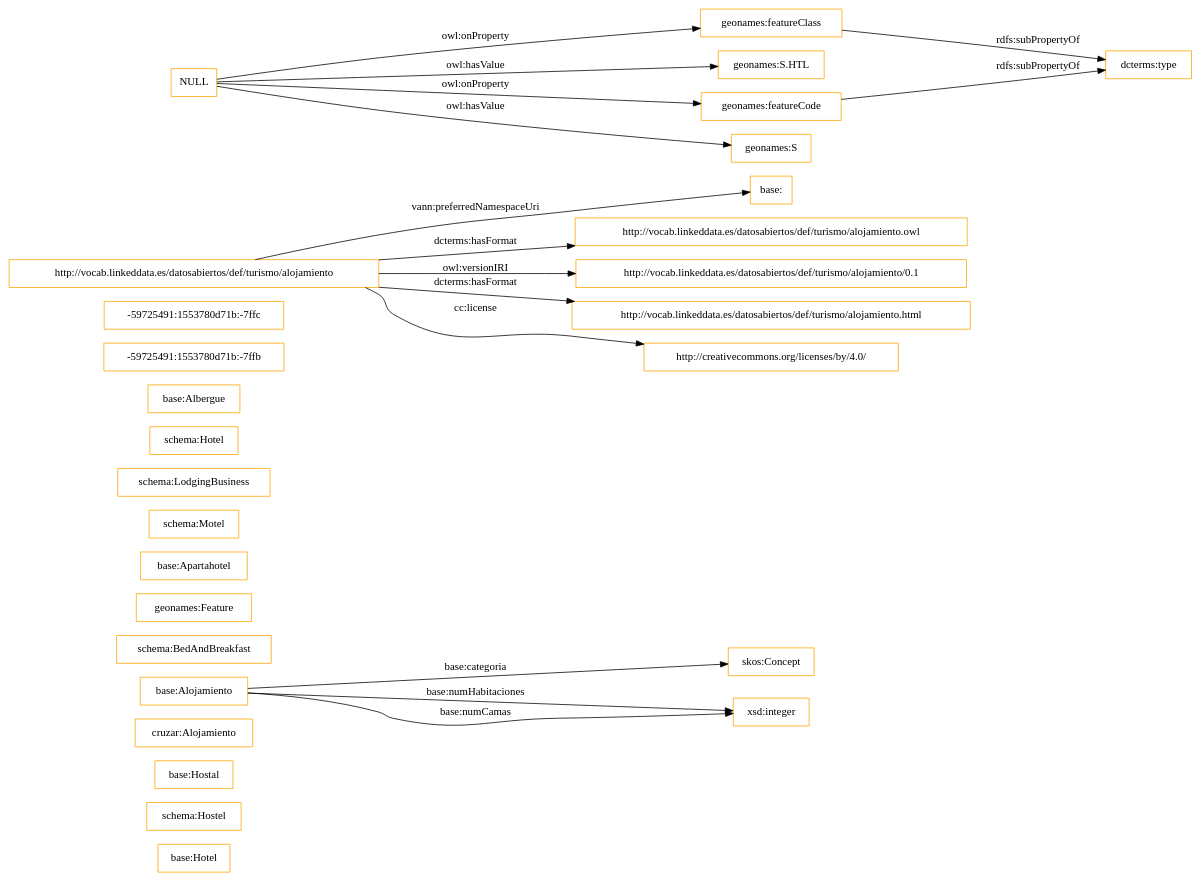
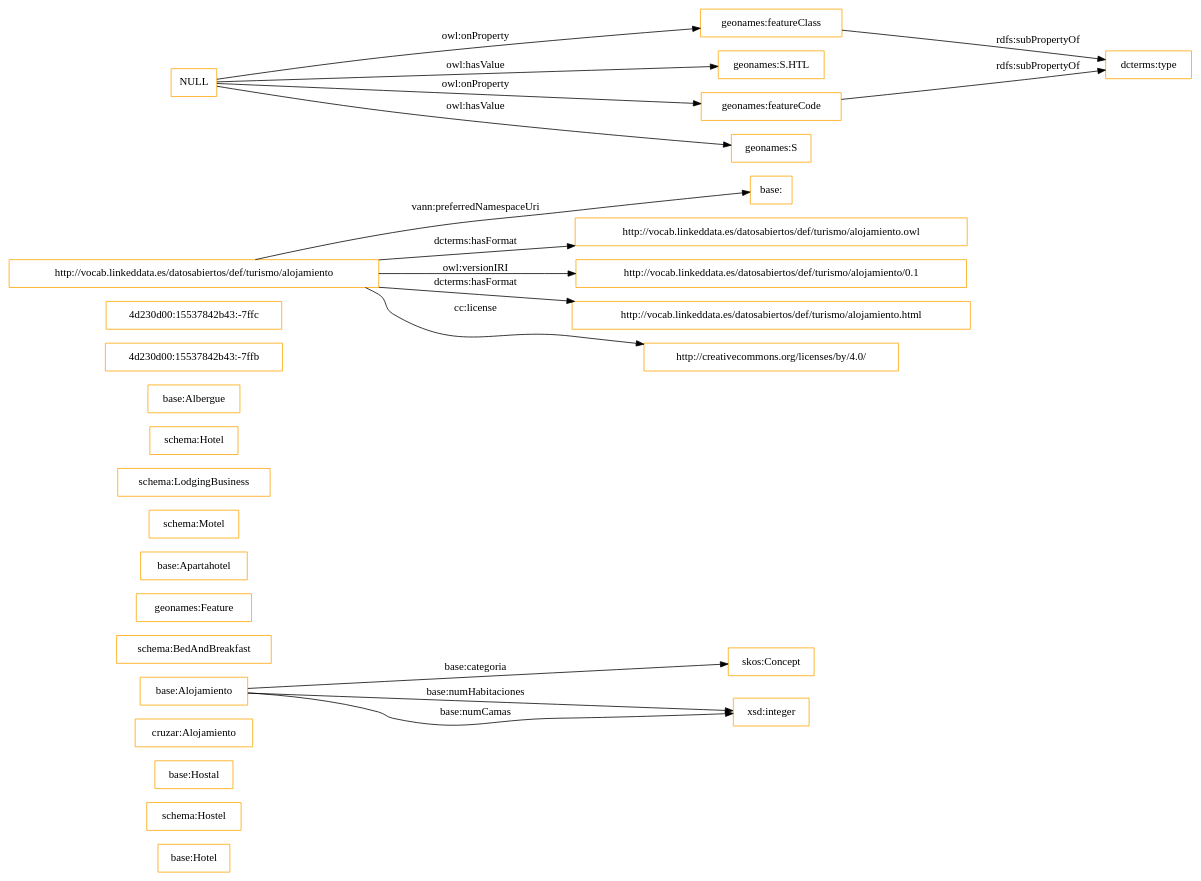
The diagram in OnToology/alo.owl/diagrams/ar2dtool-class/alo.owl.png.dot (ahmad88me/demo), drawn with Graphviz before and after one commit. The commit also changed 25 other files, not shown here.

```diff
--- a/OnToology/alo.owl/diagrams/ar2dtool-class/alo.owl.png.dot
+++ b/OnToology/alo.owl/diagrams/ar2dtool-class/alo.owl.png.dot
@@ -1,20 +1,20 @@
 digraph ar2dtool_diagram { 
 rankdir=LR;
 size="1501"
-node [shape = rectangle, color="orange"]; "base:Hotel" "schema:Hostel" "base:Hostal" "cruzar:Alojamiento" "base:Alojamiento" "schema:BedAndBreakfast" "geonames:Feature" "base:Apartahotel" "schema:Motel" "schema:LodgingBusiness" "skos:Concept" "schema:Hotel" "base:Albergue" "-59725491:1553780d71b:-7ffb" "-59725491:1553780d71b:-7ffc" ; /*classes style*/
+node [shape = rectangle, color="orange"]; "base:Hotel" "schema:Hostel" "base:Hostal" "cruzar:Alojamiento" "base:Alojamiento" "schema:BedAndBreakfast" "geonames:Feature" "base:Apartahotel" "schema:Motel" "schema:LodgingBusiness" "skos:Concept" "schema:Hotel" "base:Albergue" "4d230d00:15537842b43:-7ffb" "4d230d00:15537842b43:-7ffc" ; /*classes style*/
 	"http://vocab.linkeddata.es/datosabiertos/def/turismo/alojamiento" -> "base:" [ label = "vann:preferredNamespaceUri" ];
 	"http://vocab.linkeddata.es/datosabiertos/def/turismo/alojamiento" -> "http://vocab.linkeddata.es/datosabiertos/def/turismo/alojamiento.owl" [ label = "dcterms:hasFormat" ];
 	"http://vocab.linkeddata.es/datosabiertos/def/turismo/alojamiento" -> "http://vocab.linkeddata.es/datosabiertos/def/turismo/alojamiento/0.1" [ label = "owl:versionIRI" ];
 	"http://vocab.linkeddata.es/datosabiertos/def/turismo/alojamiento" -> "http://vocab.linkeddata.es/datosabiertos/def/turismo/alojamiento.html" [ label = "dcterms:hasFormat" ];
 	"http://vocab.linkeddata.es/datosabiertos/def/turismo/alojamiento" -> "http://creativecommons.org/licenses/by/4.0/" [ label = "cc:license" ];
 	"geonames:featureClass" -> "dcterms:type" [ label = "rdfs:subPropertyOf" ];
 	"NULL" -> "geonames:S.HTL" [ label = "owl:hasValue" ];
 	"NULL" -> "geonames:featureCode" [ label = "owl:onProperty" ];
 	"NULL" -> "geonames:S" [ label = "owl:hasValue" ];
 	"NULL" -> "geonames:featureClass" [ label = "owl:onProperty" ];
 	"geonames:featureCode" -> "dcterms:type" [ label = "rdfs:subPropertyOf" ];
 	"base:Alojamiento" -> "xsd:integer" [ label = "base:numHabitaciones" ];
 	"base:Alojamiento" -> "xsd:integer" [ label = "base:numCamas" ];
 	"base:Alojamiento" -> "skos:Concept" [ label = "base:categoria" ];
 
 }
```
